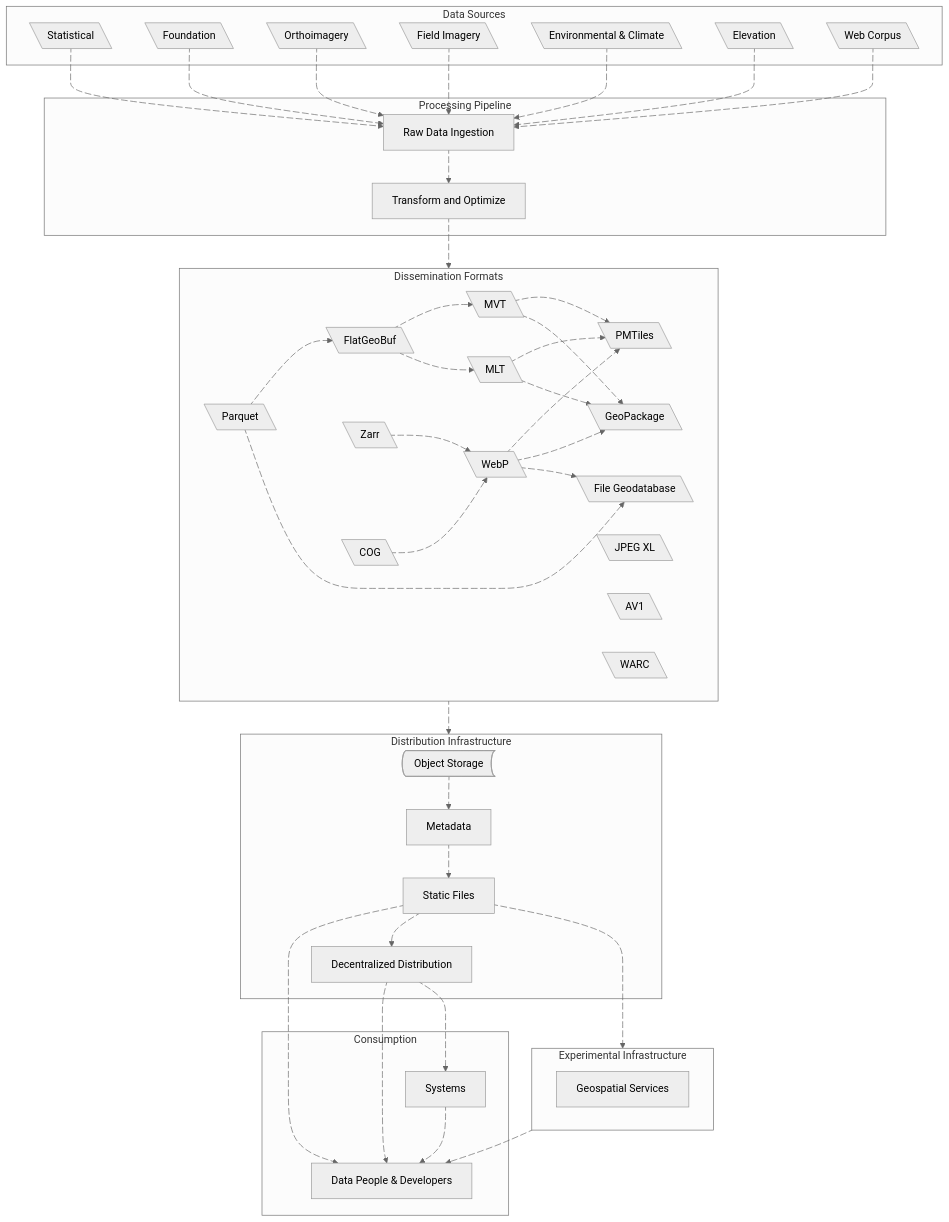
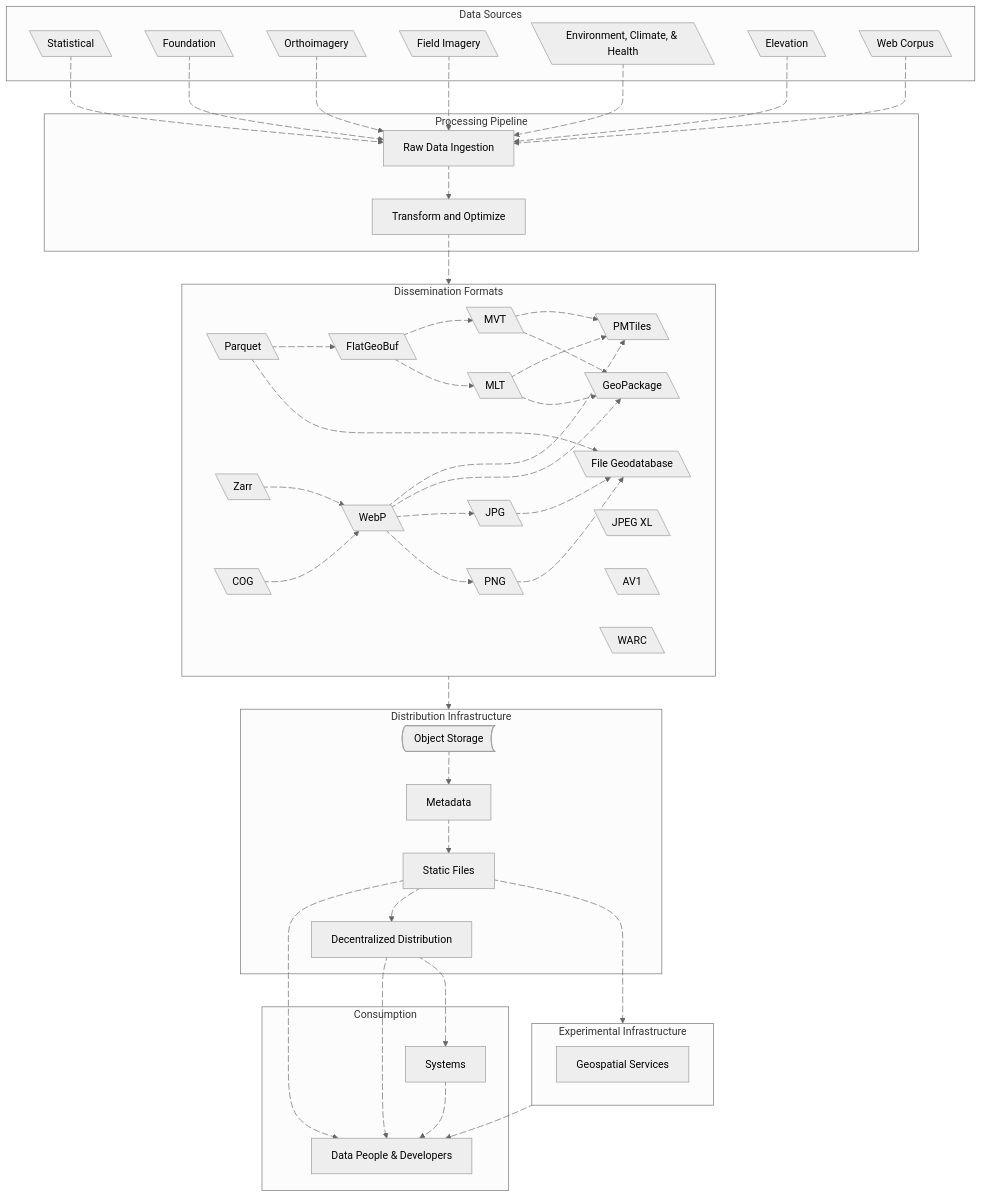
The diagram in profile/README.md (dataforcanada/.github), drawn with Mermaid (neutral theme) before and after one commit. The commit also changed other lines of this file, not shown here.

Commit message:
Fix duplicate link and update EnvironmentClimate label

```diff
--- a/profile/README.md
+++ b/profile/README.md
@@ -66,7 +67,7 @@
         Foundation@{ shape: lean-l}
         Orthoimagery@{ shape: lean-l}
         FieldImagery@{ shape: lean-l, label: "Field Imagery"}
-        EnvironmentClimate@{ shape: lean-l, label: "Environmental & Climate"}
+        EnvironmentClimate@{ shape: lean-l, label: "Environment, Climate, & Health"}
         Elevation@{ shape: lean-l}
         WebCorpus@{ shape: lean-l, label: "Web Corpus"}
     end
@@ -87,6 +88,8 @@
         COG@{ shape: lean-l}
         Zarr@{ shape: lean-l}
         WebP@{ shape: lean-l}
+        JPG@{ shape: lean-l}
+        PNG@{ shape: lean-l}
         JPEGXL@{ shape: lean-l, label: "JPEG XL"}
         AV1@{ shape: lean-l, label: "AV1"}
         WARC@{ shape: lean-l}
@@ -159,8 +162,14 @@
     a93@{animate: true, animation: slow}
     WebP a94@--> GeoPackage
     a94@{animate: true, animation: slow}
-	WebP a101@--> FileGeodatabase
+    WebP a103@--> JPG
+    a103@{animate: true, animation: slow}
+    WebP a104@--> PNG
+    a104@{animate: true, animation: slow}
+	JPG a101@--> FileGeodatabase
     a101@{animate: true, animation: slow}
+	PNG a102@--> FileGeodatabase
+    a102@{animate: true, animation: slow}
     ObjectStorage a15@--> Metadata
     a15@{animate: true, animation: slow}
     Metadata a16@--> HTTP
@@ -185,7 +194,7 @@
     click Statistical "https://github.com/dataforcanada/process-statistical-labs/" _blank
     click Orthoimagery "https://github.com/dataforcanada/process-orthoimagery-labs/" _blank
     click FieldImagery "https://github.com/dataforcanada/process-field-imagery-labs/" _blank
-    click EnvironmentClimate "https://github.com/dataforcanada/process-environmental-climate-labs/" _blank
+    click EnvironmentClimate "https://github.com/dataforcanada/process-environmental-climate-health-labs/" _blank
     click Elevation "https://github.com/dataforcanada/process-elevation-labs/" _blank
     click WebCorpus "https://github.com/dataforcanada/process-web-corpus-labs/" _blank
 
```
